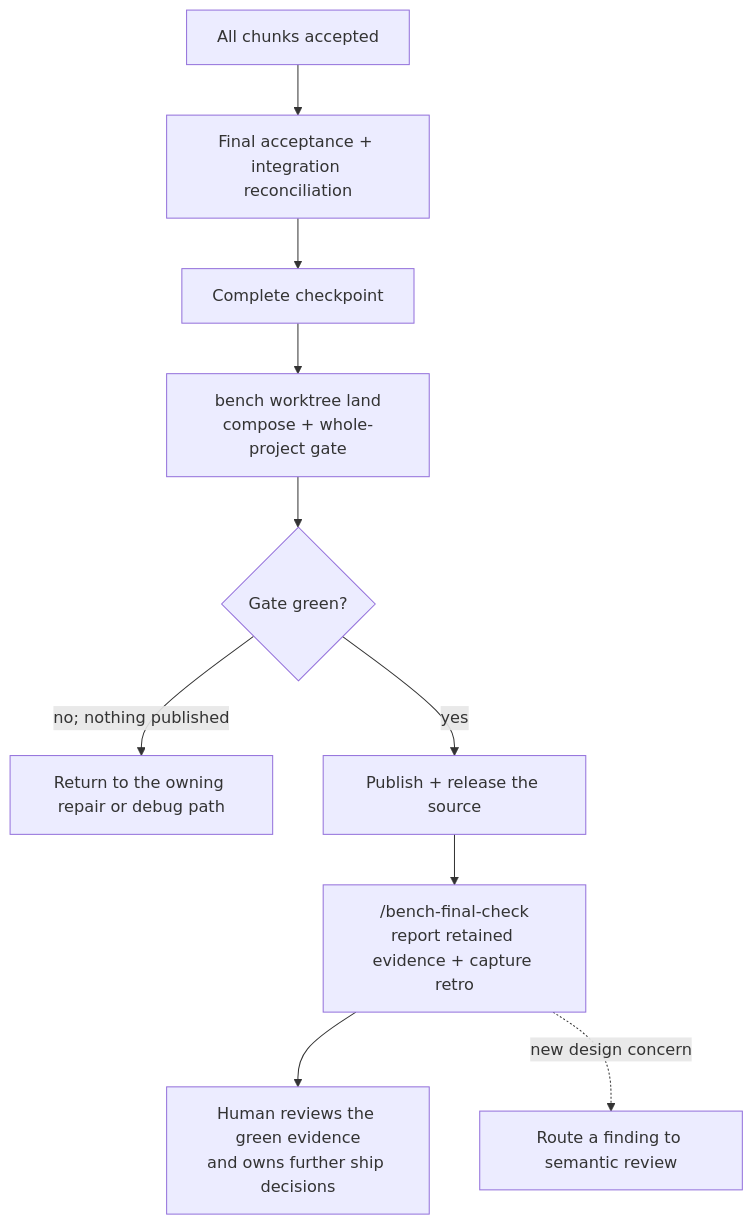
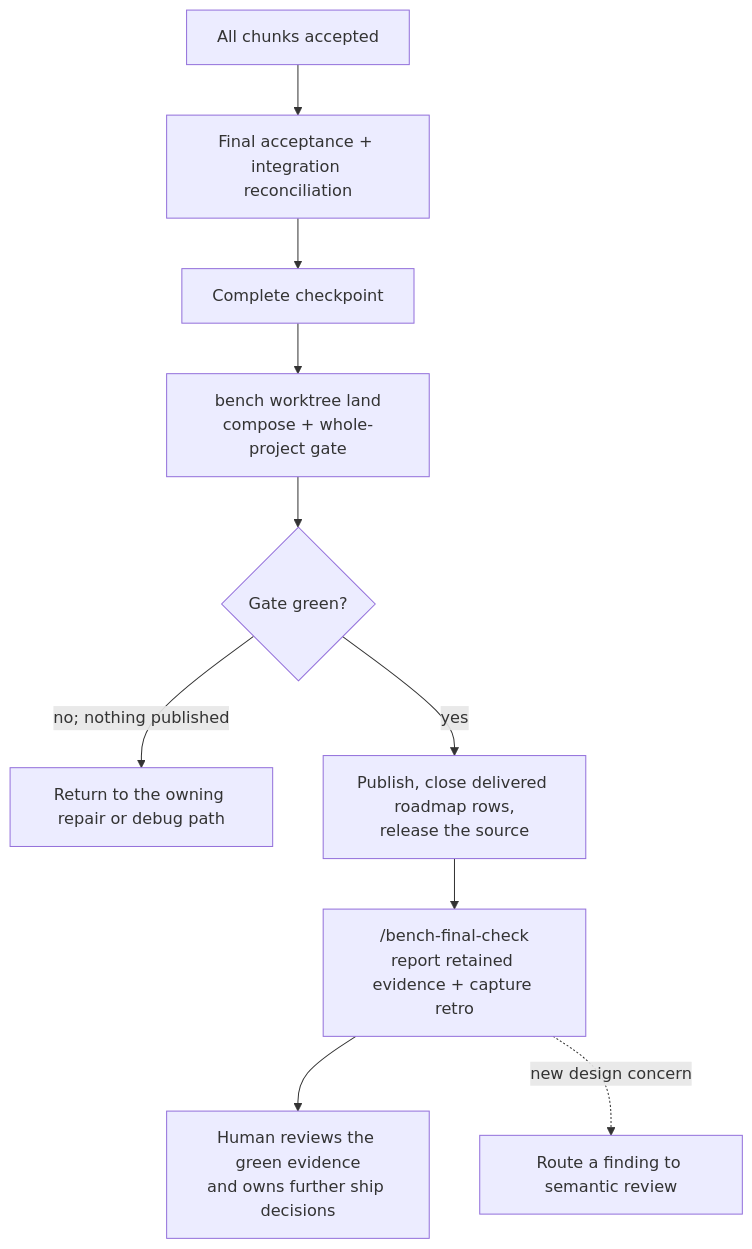
Before and after one commit to gibbonmi/bench: the third of 4 diagrams in README.md, drawn with Mermaid. The commit also changed other lines of this file and 51 other files, not shown here.

````diff
--- a/README.md
+++ b/README.md
@@ -89,12 +89,12 @@
 ```mermaid
 flowchart TD
     accepted["All chunks accepted"] --> reconcile["Final acceptance + integration reconciliation"]
     reconcile --> checkpoint["Complete checkpoint"]
     checkpoint --> land["bench worktree land<br/>compose + whole-project gate"]
     land --> result{"Gate green?"}
     result -->|"no; nothing published"| repair["Return to the owning repair or debug path"]
-    result -->|"yes"| publish["Publish + release the source"]
+    result -->|"yes"| publish["Publish, close delivered roadmap rows,<br/>release the source"]
     publish --> final["/bench-final-check<br/>report retained evidence + capture retro"]
     final --> human["Human reviews the green evidence<br/>and owns further ship decisions"]
     final -. "new design concern" .-> concern["Route a finding to semantic review"]
 ```
````
